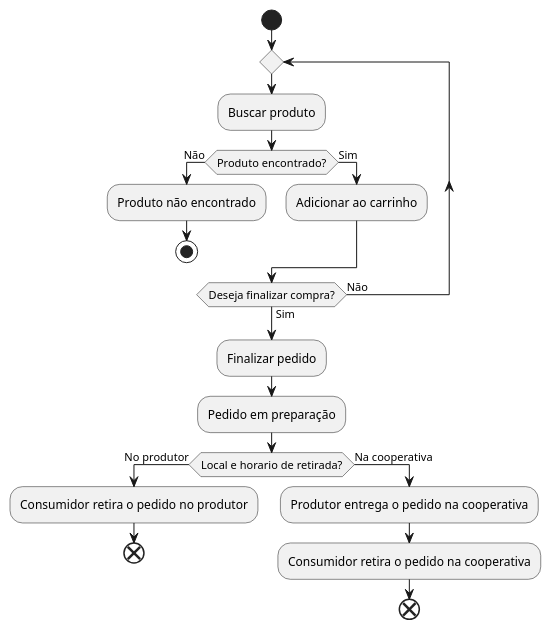
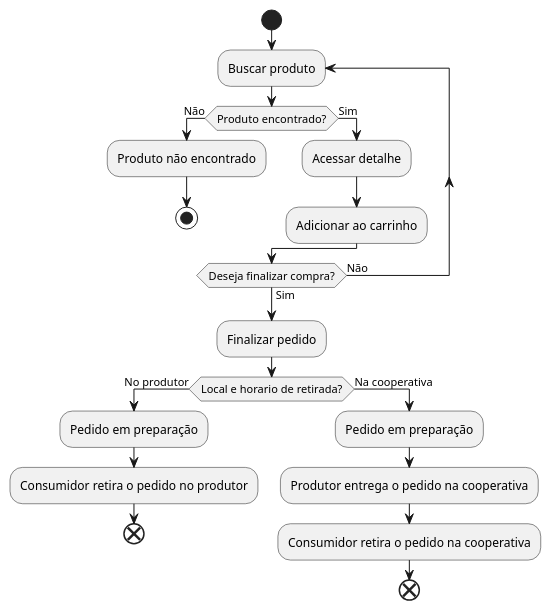
The diagram in docs/diagrams/activity/ProductOrder.puml (bruflor/comercio-vizinho), drawn with PlantUML before and after one commit.

Commit message:
Fixing repeat

```diff
--- a/docs/diagrams/activity/ProductOrder.puml
+++ b/docs/diagrams/activity/ProductOrder.puml
@@ -1,22 +1,23 @@
 @startuml
 start
-repeat
-    :Buscar produto;
+repeat :Buscar produto;
     if (Produto encontrado?) then (Não)
         :Produto não encontrado;
         stop
     else (Sim)
+        :Acessar detalhe;
         :Adicionar ao carrinho;
     endif
 repeat while (Deseja finalizar compra?) is (Não) not (Sim)
     :Finalizar pedido;
-    :Pedido em preparação;
     if (Local e horario de retirada?) then (No produtor)
+      :Pedido em preparação;
       :Consumidor retira o pedido no produtor;
       end
     else (Na cooperativa)
+      :Pedido em preparação;
       :Produtor entrega o pedido na cooperativa;
       :Consumidor retira o pedido na cooperativa;
       end
     endif
 @enduml
```
